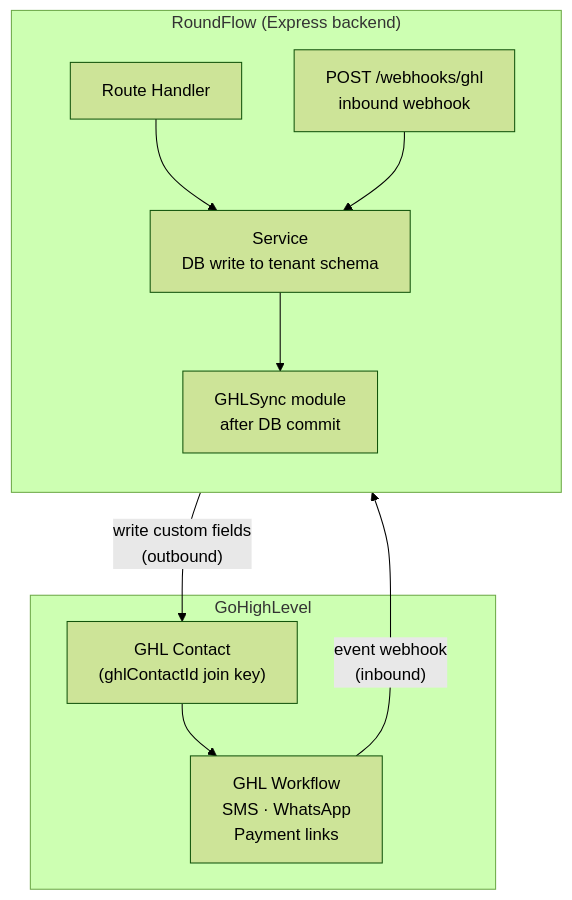
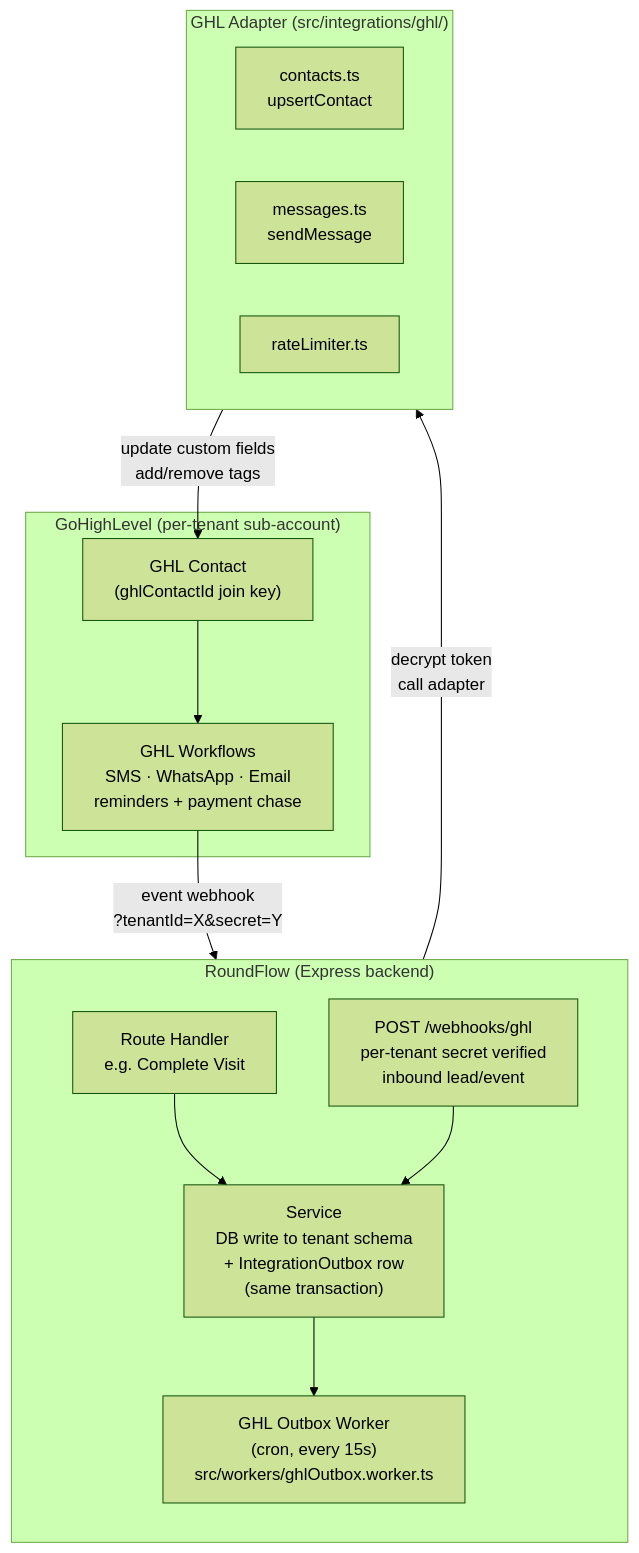
Before and after one commit to agenticgeek/roundflow-backend: the seventh of 8 diagrams in docs/ARCHITECTURE.md, drawn with Mermaid (forest theme). The commit also changed other lines of this file and 13 other files, not shown here.

Commit message:
updating the architectural documents for ghl

````diff
--- a/docs/ARCHITECTURE.md
+++ b/docs/ARCHITECTURE.md
@@ -375,21 +395,29 @@
 ```mermaid
 flowchart TB
     subgraph RF["RoundFlow (Express backend)"]
         direction TB
-        RH[Route Handler]
-        SVC[Service\nDB write to tenant schema]
-        GHLMOD[GHLSync module\nafter DB commit]
-        WH["POST /webhooks/ghl\ninbound webhook"]
-        RH --> SVC --> GHLMOD
+        RH["Route Handler\ne.g. Complete Visit"]
+        SVC["Service\nDB write to tenant schema\n+ IntegrationOutbox row\n(same transaction)"]
+        WORKER["GHL Outbox Worker\n(cron, every 15s)\nsrc/workers/ghlOutbox.worker.ts"]
+        WH["POST /webhooks/ghl\nper-tenant secret verified\ninbound lead/event"]
+        RH --> SVC --> WORKER
         WH --> SVC
     end
 
-    subgraph GHL["GoHighLevel"]
+    subgraph GHL["GoHighLevel (per-tenant sub-account)"]
         CONTACT["GHL Contact\n(ghlContactId join key)"]
-        WF["GHL Workflow\nSMS · WhatsApp\nPayment links"]
+        WF["GHL Workflows\nSMS · WhatsApp · Email\nreminders + payment chase"]
         CONTACT --> WF
     end
 
-    GHLMOD -->|"write custom fields\n(outbound)"| CONTACT
-    WF -->|"event webhook\n(inbound)"| WH
+    subgraph ADAPTER["GHL Adapter  (src/integrations/ghl/)"]
+        direction LR
+        AC["contacts.ts\nupsertContact"]
+        AM["messages.ts\nsendMessage"]
+        AR["rateLimiter.ts"]
+    end
+
+    WORKER -->|"decrypt token\ncall adapter"| ADAPTER
+    ADAPTER -->|"update custom fields\nadd/remove tags"| CONTACT
+    WF -->|"event webhook\n?tenantId=X&secret=Y"| WH
 ```
````
